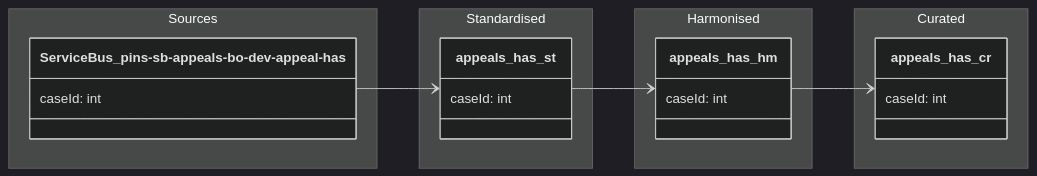
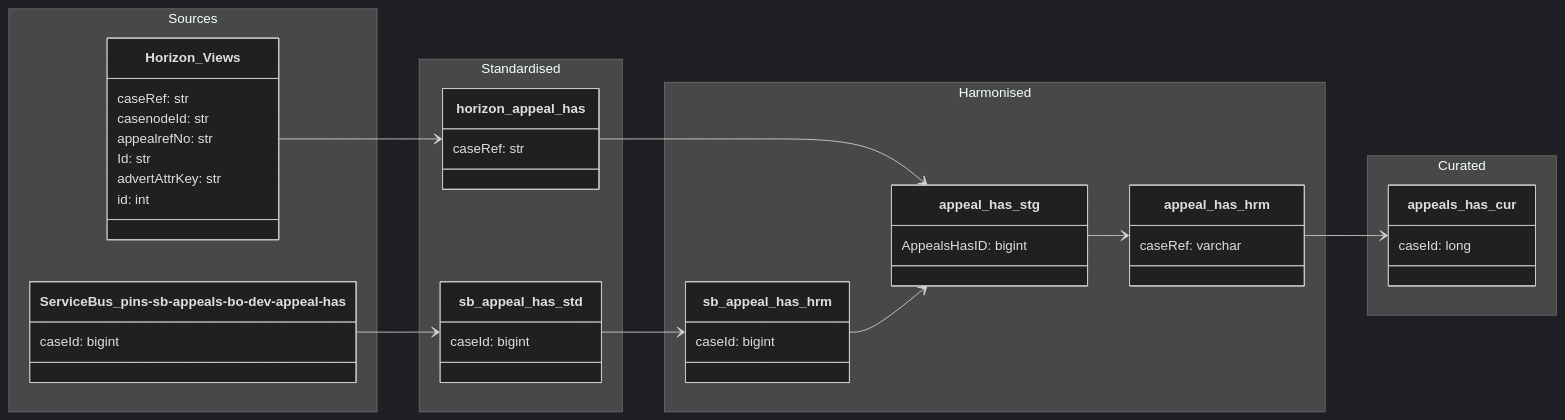
One commit to Planning-Inspectorate/odw-synapse-workspace changed the diagram in data-models/appeal-has.md. Above: the diagram before and after it, drawn with Mermaid (dark theme).

Commit message:
FEAT/THEODW-2455: Update appeal-has.md file (#2336)
* modified doc

* modified doc 2

* modify data flow

* collaps horizon views into one

---------

````diff
--- a/data-models/appeal-has.md
+++ b/data-models/appeal-has.md
@@ -7,43 +7,67 @@
 ```mermaid
 
 classDiagram
 
     direction LR
 
     namespace Sources {
 
         class ServiceBus_pins-sb-appeals-bo-dev-appeal-has {
-            caseId: int
+            caseId: bigint
         }
 
+        class Horizon_Views {
+            caseRef: str
+            casenodeId: str
+            appealrefNo: str
+            Id: str
+            advertAttrKey: str
+            id: int
+        }
     }
     
     namespace Standardised {
 
-        class appeals_has_st {
-            caseId: int
+        class sb_appeal_has_std {
+            caseId: bigint
+        }
+
+        class horizon_appeal_has {
+            caseRef: str
         }
     }
 
     namespace Harmonised {
 
-        class appeals_has_hm {
-            caseId: int
+        class sb_appeal_has_hrm {
+            caseId: bigint
+        }
+
+        class appeal_has_stg {
+            AppealsHasID: bigint
+        }
+
+        class appeal_has_hrm {
+            caseRef: varchar
         }
 
     }
 
     namespace Curated {
 
-        class appeals_has_cr {
-            caseId: int
+        class appeals_has_cur {
+            caseId: long
         }
 
     }
 
-`ServiceBus_pins-sb-appeals-bo-dev-appeal-has` --> `appeals_has_st`
-`appeals_has_st` --> `appeals_has_hm`
-`appeals_has_hm` --> `appeals_has_cr`
+`ServiceBus_pins-sb-appeals-bo-dev-appeal-has` --> `sb_appeal_has_std`
+`Horizon_Views` --> `horizon_appeal_has`
+`sb_appeal_has_std` --> `sb_appeal_has_hrm`
+`horizon_appeal_has` --> `appeal_has_stg`
+`sb_appeal_has_hrm` --> `appeal_has_stg`
+`appeal_has_stg` --> `appeal_has_hrm`
+`appeal_has_hrm` --> `appeals_has_cur`
 
 
 ```
````
